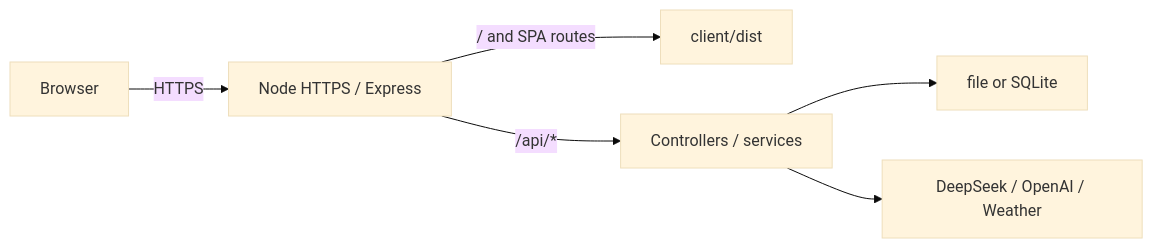
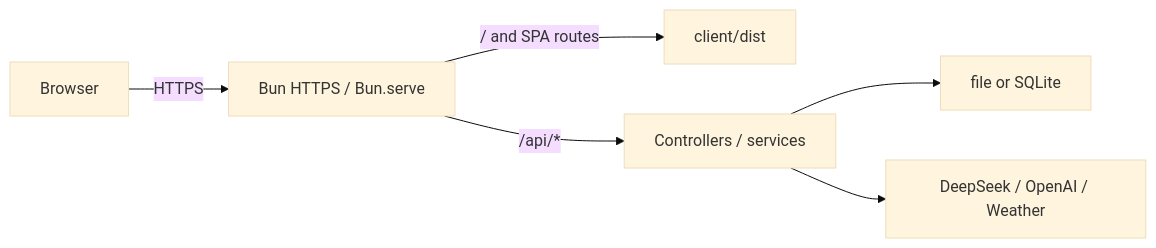
Before and after one commit to imingsmings/chatbot-dev: the diagram in docs/production-deployment.md, drawn with Mermaid (base theme). The commit also changed other lines of this file and 158 other files, not shown here.

````diff
--- a/docs/production-deployment.md
+++ b/docs/production-deployment.md
@@ -9,8 +9,8 @@
 ```mermaid
 flowchart LR
-  Browser["Browser"] -->|"HTTPS"| Node["Node HTTPS / Express"]
-  Node -->|"/ and SPA routes"| Dist["client/dist"]
-  Node -->|"/api/*"| API["Controllers / services"]
+  Browser["Browser"] -->|"HTTPS"| Bun["Bun HTTPS / Bun.serve"]
+  Bun -->|"/ and SPA routes"| Dist["client/dist"]
+  Bun -->|"/api/*"| API["Controllers / services"]
   API --> Store["file or SQLite"]
   API --> Providers["DeepSeek / OpenAI / Weather"]
 ```
````
